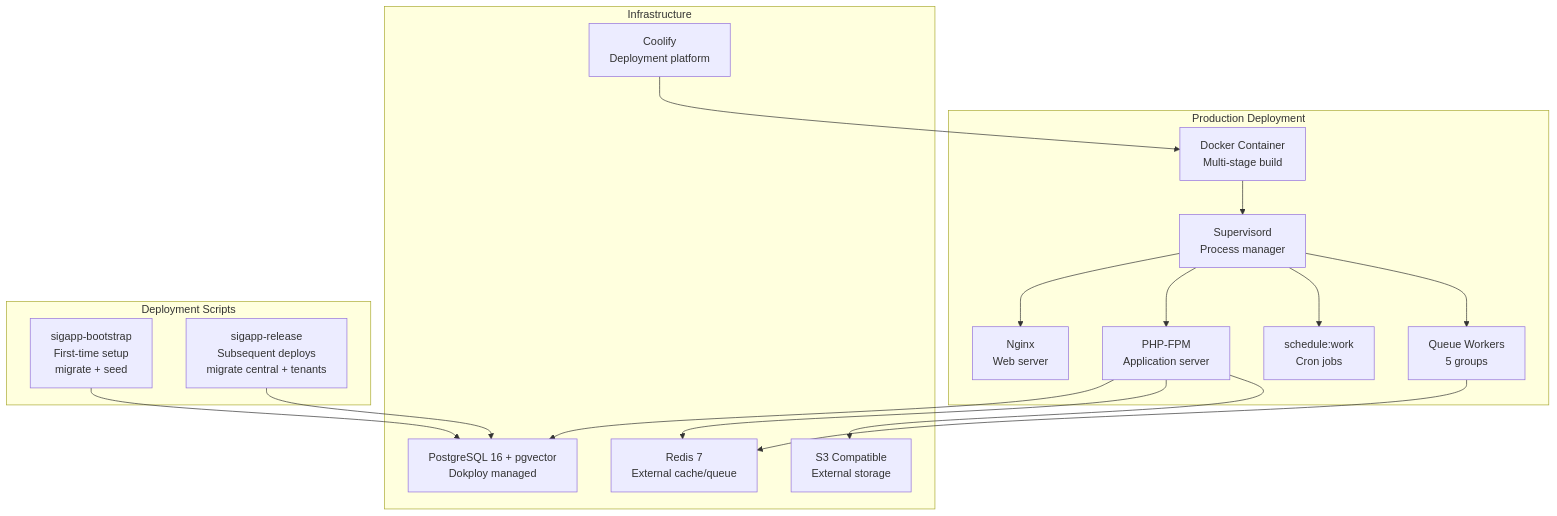
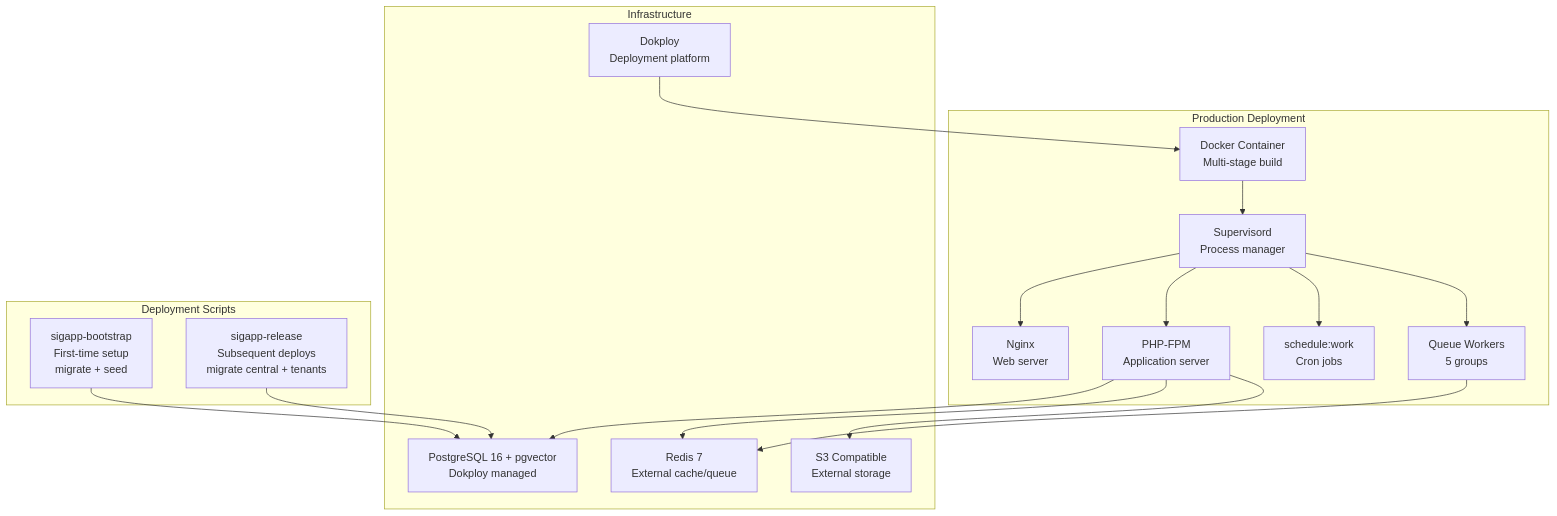
Before and after one commit to edsingm/sigapp-backend: the tenth of 10 diagrams in docs/ARCHITECTURE_DIAGRAM.md, drawn with Mermaid. The commit also changed other lines of this file and 10 other files, not shown here.

First line of the commit message:
Standardize Dokploy deployment and add premortem guidance

````diff
--- a/docs/ARCHITECTURE_DIAGRAM.md
+++ b/docs/ARCHITECTURE_DIAGRAM.md
@@ -440,36 +440,36 @@
 ```mermaid
 graph TB
     subgraph "Production Deployment"
         DOCKER[Docker Container<br/>Multi-stage build]
         SUPERVISOR[Supervisord<br/>Process manager]
         NGINX_PROD[Nginx<br/>Web server]
         PHP_FPM[PHP-FPM<br/>Application server]
         SCHEDULER[schedule:work<br/>Cron jobs]
         WORKERS[Queue Workers<br/>5 groups]
     end
     
     subgraph "Infrastructure"
-        COOLIFY[Coolify<br/>Deployment platform]
+        DOKPLOY[Dokploy<br/>Deployment platform]
         PG_EXTERNAL[PostgreSQL 16 + pgvector<br/>Dokploy managed]
         REDIS_EXT[Redis 7<br/>External cache/queue]
         S3_EXT[S3 Compatible<br/>External storage]
     end
     
     subgraph "Deployment Scripts"
         BOOTSTRAP[sigapp-bootstrap<br/>First-time setup<br/>migrate + seed]
         RELEASE[sigapp-release<br/>Subsequent deploys<br/>migrate central + tenants]
     end
     
     DOCKER --> SUPERVISOR
     SUPERVISOR --> NGINX_PROD
     SUPERVISOR --> PHP_FPM
     SUPERVISOR --> SCHEDULER
     SUPERVISOR --> WORKERS
-    COOLIFY --> DOCKER
+    DOKPLOY --> DOCKER
     PHP_FPM --> PG_EXTERNAL
     PHP_FPM --> REDIS_EXT
     PHP_FPM --> S3_EXT
     WORKERS --> REDIS_EXT
     BOOTSTRAP --> PG_EXTERNAL
     RELEASE --> PG_EXTERNAL
 ```
````
